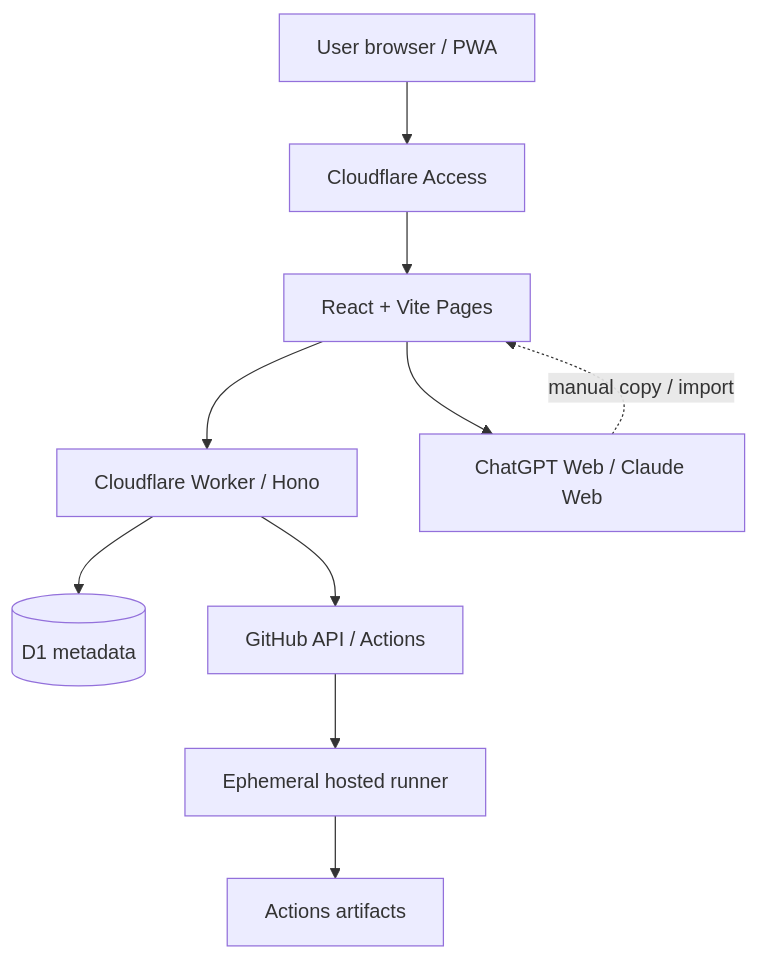
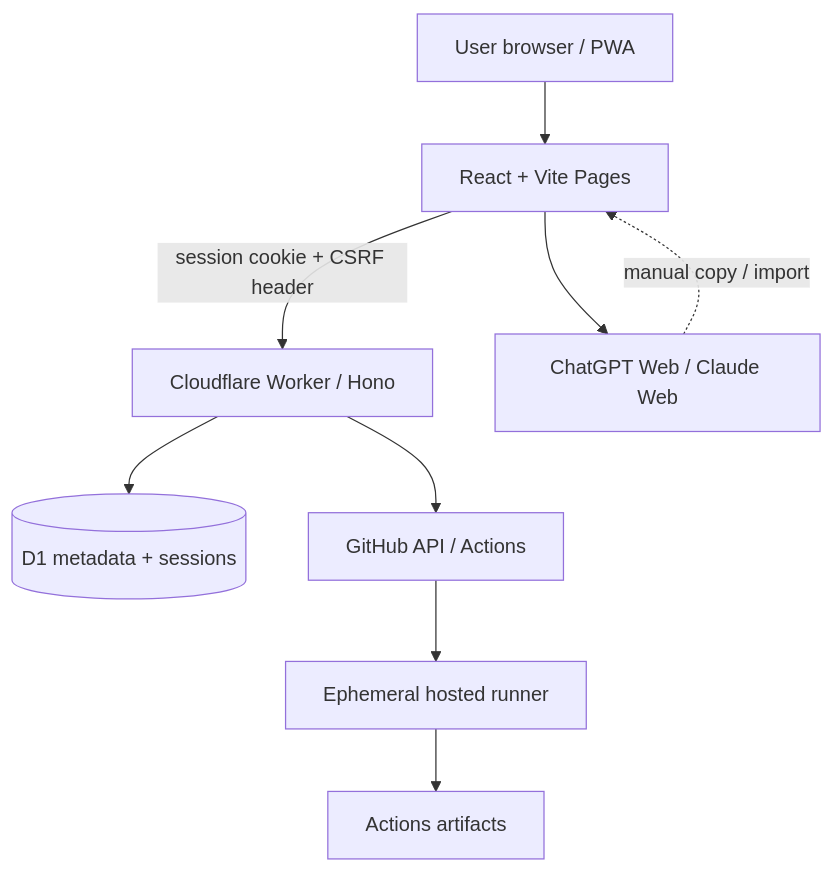
One commit to harvey-moeid/byga-cli-anything changed the diagram in docs/ARCHITECTURE.md. Above: the diagram before and after it, drawn with Mermaid. The commit also changed other lines of this file and 7 other files, not shown here.

First line of the commit message:
docs: document password-session authentication and remove Access references

````diff
--- a/docs/ARCHITECTURE.md
+++ b/docs/ARCHITECTURE.md
@@ -14,12 +14,11 @@
 ```mermaid
 flowchart TD
-  U[User browser / PWA] --> A[Cloudflare Access]
-  A --> P[React + Vite Pages]
-  P --> W[Cloudflare Worker / Hono]
-  W --> D[(D1 metadata)]
+  U[User browser / PWA] --> P[React + Vite Pages]
+  P -->|session cookie + CSRF header| W[Cloudflare Worker / Hono]
+  W --> D[(D1 metadata + sessions)]
   W --> G[GitHub API / Actions]
   G --> R[Ephemeral hosted runner]
   R --> AR[Actions artifacts]
   P --> AI[ChatGPT Web / Claude Web]
   AI -. manual copy / import .-> P
 ```
````
